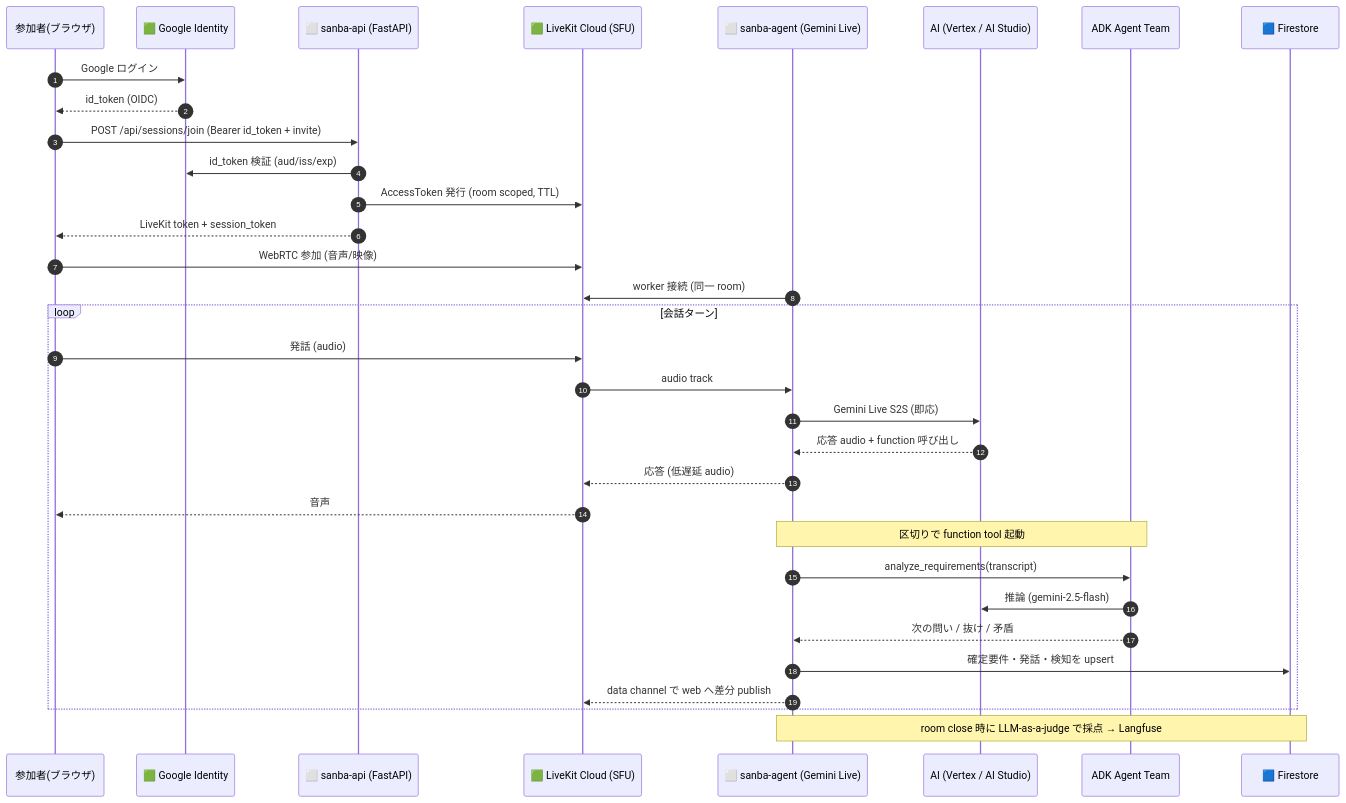
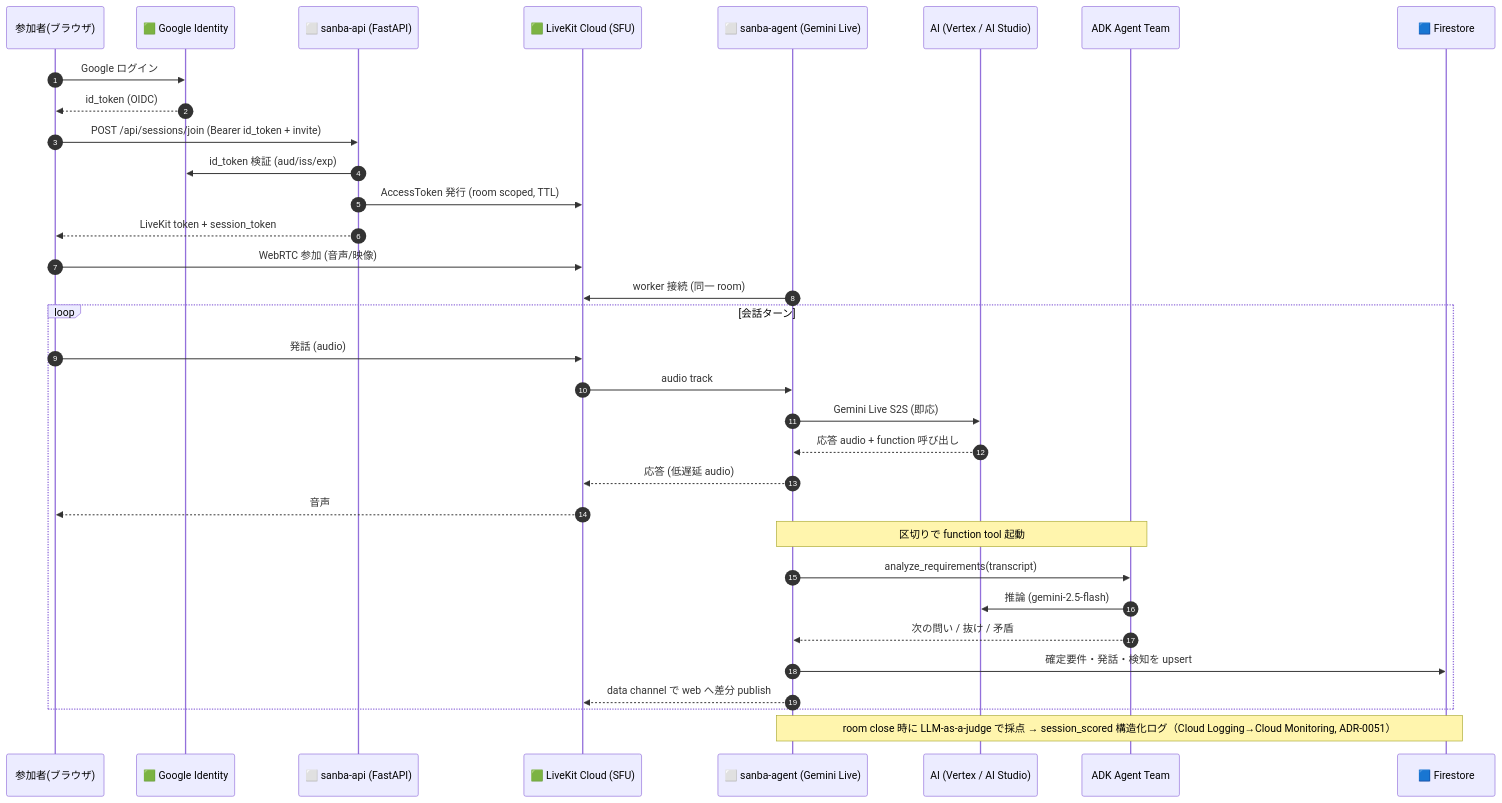
The third of 13 diagrams in docs/reference/architecture-analysis.md (godhuu0505/sanba), drawn with Mermaid before and after one commit. The commit also changed other lines of this file and 15 other files, not shown here.

````diff
--- a/docs/reference/architecture-analysis.md
+++ b/docs/reference/architecture-analysis.md
@@ -185,37 +183,37 @@
 ```mermaid
 sequenceDiagram
     autonumber
     participant U as 参加者(ブラウザ)
     participant GIS as 🟩 Google Identity
     participant API as ⬜ sanba-api (FastAPI)
     participant LK as 🟩 LiveKit Cloud (SFU)
     participant VA as ⬜ sanba-agent (Gemini Live)
     participant VTX as AI (Vertex / AI Studio)
     participant ADK as ADK Agent Team
     participant FS as 🟦 Firestore
 
     U->>GIS: Google ログイン
     GIS-->>U: id_token (OIDC)
     U->>API: POST /api/sessions/join (Bearer id_token + invite)
     API->>GIS: id_token 検証 (aud/iss/exp)
     API->>LK: AccessToken 発行 (room scoped, TTL)
     API-->>U: LiveKit token + session_token
 
     U->>LK: WebRTC 参加 (音声/映像)
     VA->>LK: worker 接続 (同一 room)
     loop 会話ターン
         U->>LK: 発話 (audio)
         LK->>VA: audio track
         VA->>VTX: Gemini Live S2S (即応)
         VTX-->>VA: 応答 audio + function 呼び出し
         VA-->>LK: 応答 (低遅延 audio)
         LK-->>U: 音声
         Note over VA,ADK: 区切りで function tool 起動
         VA->>ADK: analyze_requirements(transcript)
         ADK->>VTX: 推論 (gemini-2.5-flash)
         ADK-->>VA: 次の問い / 抜け / 矛盾
         VA->>FS: 確定要件・発話・検知を upsert
         VA-->>LK: data channel で web へ差分 publish
     end
-    Note over VA,FS: room close 時に LLM-as-a-judge で採点 → Langfuse
+    Note over VA,FS: room close 時に LLM-as-a-judge で採点 → session_scored 構造化ログ（Cloud Logging→Cloud Monitoring, ADR-0051）
 ```
````
